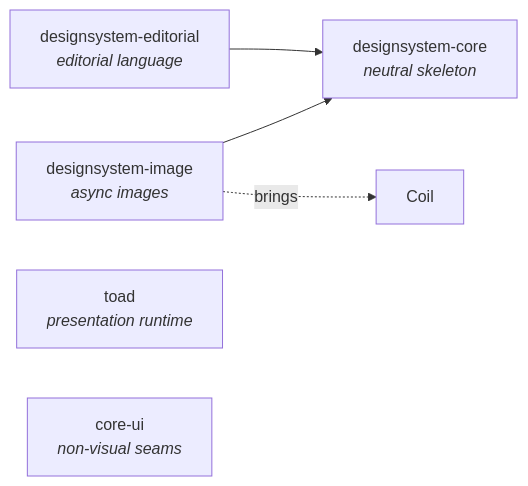
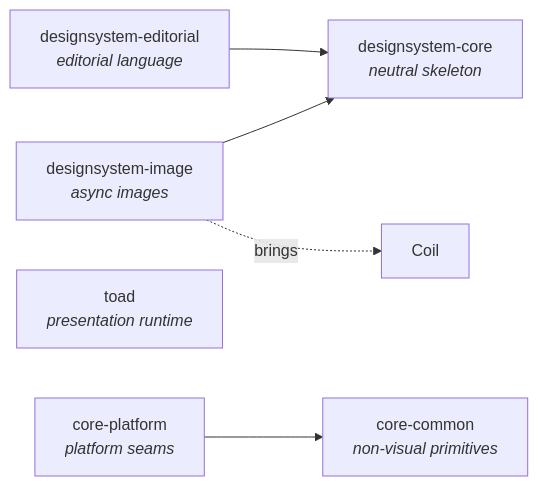
The diagram in README.md (CinqueIzumi/Rhaydus-Foundation), drawn with Mermaid before and after one commit. The commit also changed other lines of this file and 44 other files, not shown here.

Commit message:
Split core-ui into core-common + core-platform and add secure-storage + connectivity seams

````diff
--- a/README.md
+++ b/README.md
@@ -52,8 +53,8 @@
 ```mermaid
 graph LR
   editorial["designsystem-editorial<br/><i>editorial language</i>"] --> core["designsystem-core<br/><i>neutral skeleton</i>"]
   image["designsystem-image<br/><i>async images</i>"] --> core
   image -. brings .-> coil["Coil"]
   toad["toad<br/><i>presentation runtime</i>"]
-  coreui["core-ui<br/><i>non-visual seams</i>"]
+  platform["core-platform<br/><i>platform seams</i>"] --> common["core-common<br/><i>non-visual primitives</i>"]
 ```
````
